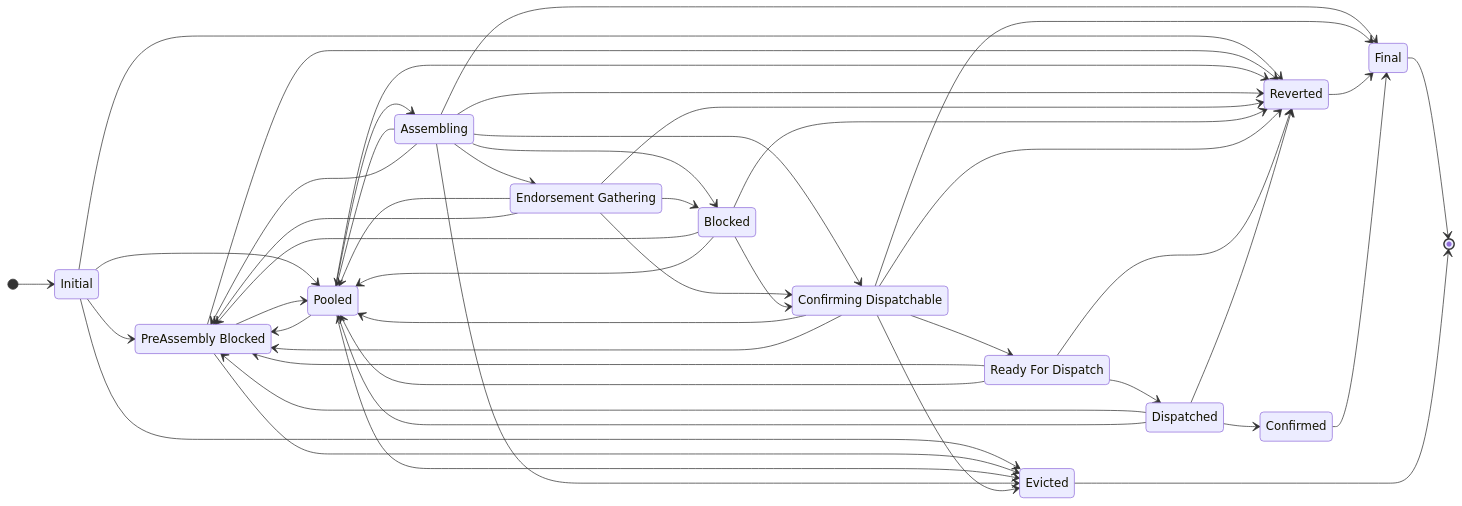
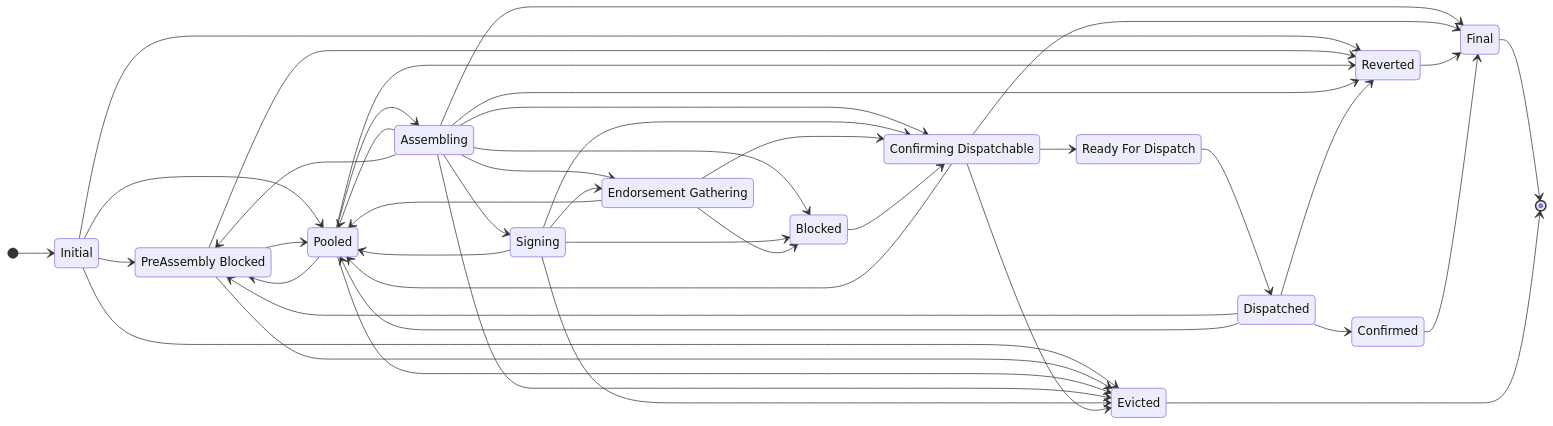
The second of 4 diagrams in doc-site/docs/architecture/distributed_sequencer_state_machine.md (LFDT-Paladin/paladin), drawn with Mermaid before and after one commit. The commit also changed other lines of this file and 15 other files, not shown here.

````diff
--- a/doc-site/docs/architecture/distributed_sequencer_state_machine.md
+++ b/doc-site/docs/architecture/distributed_sequencer_state_machine.md
@@ -63,56 +63,52 @@
 ```mermaid
 %%{init: {'themeVariables': {'background': 'transparent'}}}%%
 stateDiagram-v2
     direction LR
     state "PreAssembly Blocked" as PreAssembly_Blocked
     state "Endorsement Gathering" as Endorsement_Gathering
     state "Confirming Dispatchable" as Confirming_Dispatchable
     state "Ready For Dispatch" as Ready_For_Dispatch
     [*] --> Initial
     Initial --> Reverted
     Initial --> Evicted
     Initial --> PreAssembly_Blocked
     Initial --> Pooled
     PreAssembly_Blocked --> Pooled
     PreAssembly_Blocked --> Reverted
     PreAssembly_Blocked --> Evicted
     Pooled --> Assembling
     Pooled --> PreAssembly_Blocked
     Pooled --> Reverted
     Pooled --> Evicted
+    Assembling --> Signing
     Assembling --> Endorsement_Gathering
     Assembling --> Confirming_Dispatchable
     Assembling --> Blocked
     Assembling --> Pooled
+    Assembling --> Evicted
     Assembling --> Reverted
-    Assembling --> Evicted
     Assembling --> Final
     Assembling --> PreAssembly_Blocked
+    Signing --> Endorsement_Gathering
+    Signing --> Confirming_Dispatchable
+    Signing --> Blocked
+    Signing --> Pooled
+    Signing --> Evicted
     Endorsement_Gathering --> Confirming_Dispatchable
     Endorsement_Gathering --> Blocked
     Endorsement_Gathering --> Pooled
-    Endorsement_Gathering --> PreAssembly_Blocked
-    Endorsement_Gathering --> Reverted
     Blocked --> Confirming_Dispatchable
-    Blocked --> PreAssembly_Blocked
-    Blocked --> Pooled
-    Blocked --> Reverted
     Confirming_Dispatchable --> Ready_For_Dispatch
     Confirming_Dispatchable --> Pooled
     Confirming_Dispatchable --> Evicted
     Confirming_Dispatchable --> Final
-    Confirming_Dispatchable --> PreAssembly_Blocked
-    Confirming_Dispatchable --> Reverted
     Ready_For_Dispatch --> Dispatched
-    Ready_For_Dispatch --> PreAssembly_Blocked
-    Ready_For_Dispatch --> Pooled
-    Ready_For_Dispatch --> Reverted
     Dispatched --> Confirmed
     Dispatched --> PreAssembly_Blocked
     Dispatched --> Pooled
     Dispatched --> Reverted
     Reverted --> Final
     Confirmed --> Final
     Final --> [*]
     Evicted --> [*]
 ```
````
